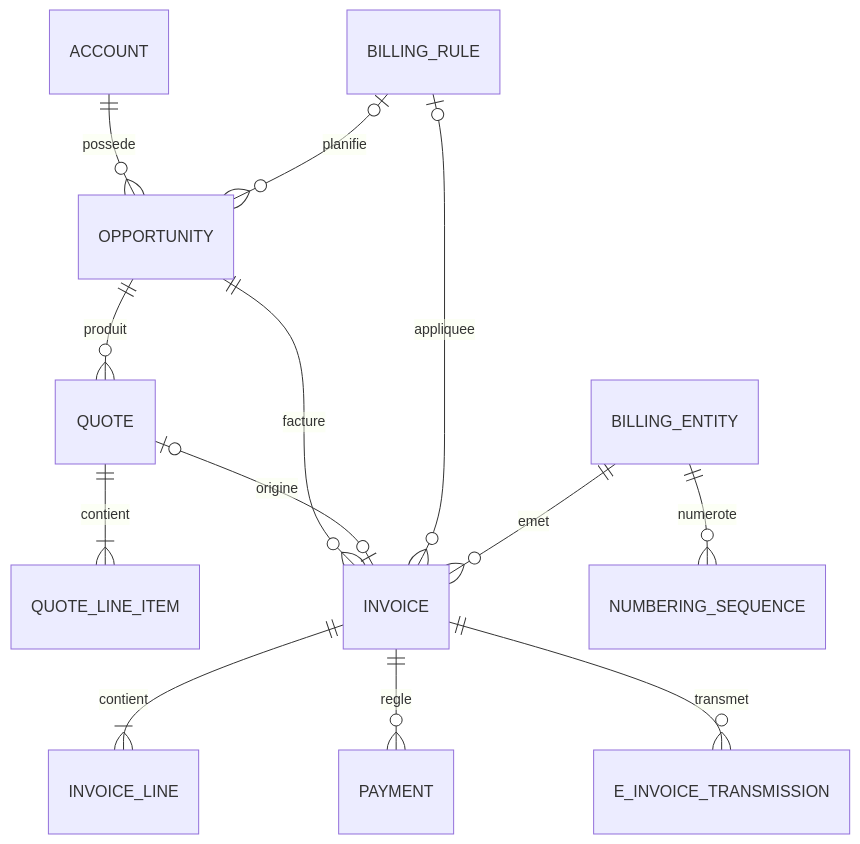
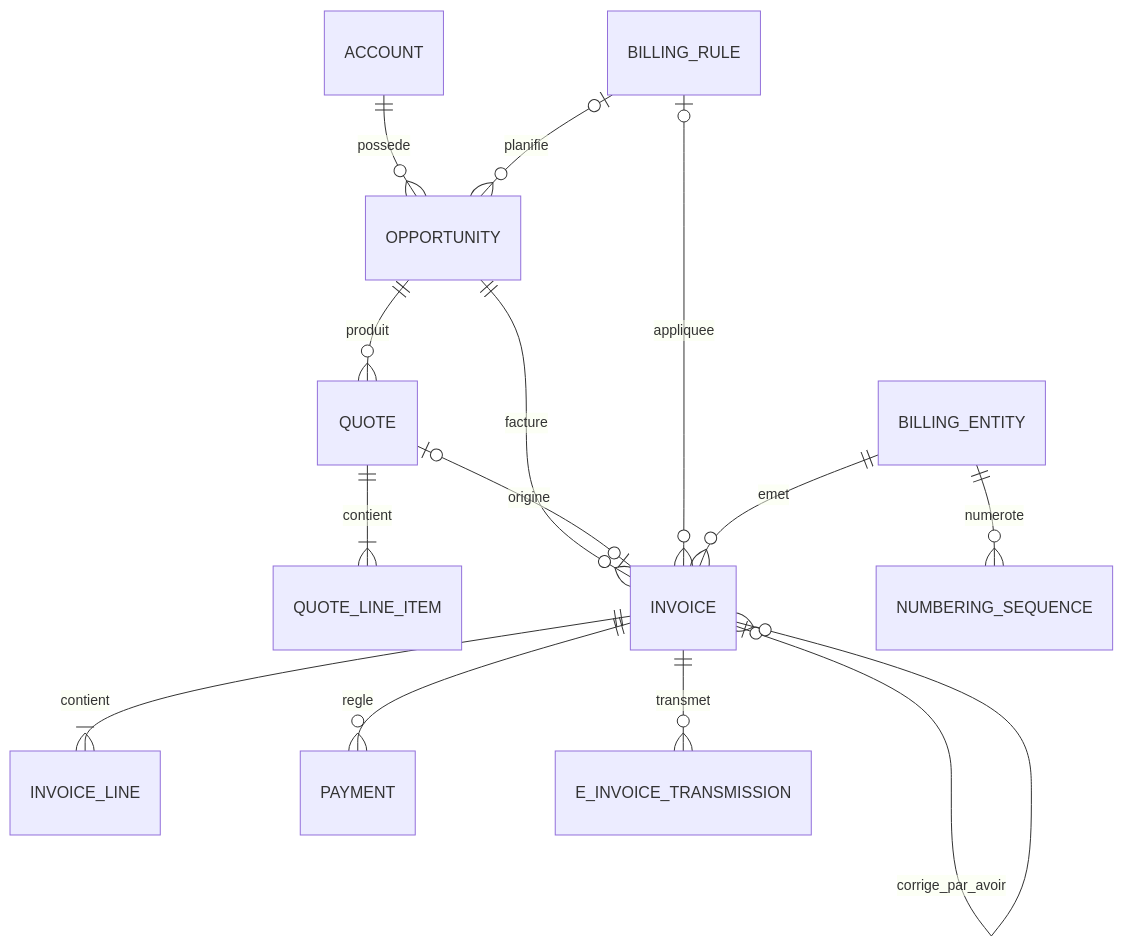
The second of 2 diagrams in docs/architecture-technique.md (Nounem/Facturation), drawn with Mermaid before and after one commit. The commit also changed other lines of this file and 37 other files, not shown here.

````diff
--- a/docs/architecture-technique.md
+++ b/docs/architecture-technique.md
@@ -56,15 +57,16 @@
 ```mermaid
 erDiagram
     ACCOUNT ||--o{ OPPORTUNITY : possede
     OPPORTUNITY ||--o{ QUOTE : produit
     QUOTE ||--|{ QUOTE_LINE_ITEM : contient
     OPPORTUNITY ||--o{ INVOICE : facture
     QUOTE o|--o| INVOICE : origine
     BILLING_RULE o|--o{ OPPORTUNITY : planifie
     BILLING_RULE o|--o{ INVOICE : appliquee
     BILLING_ENTITY ||--o{ INVOICE : emet
     INVOICE ||--|{ INVOICE_LINE : contient
+    INVOICE o|--o{ INVOICE : corrige_par_avoir
     INVOICE ||--o{ PAYMENT : regle
     INVOICE ||--o{ E_INVOICE_TRANSMISSION : transmet
     BILLING_ENTITY ||--o{ NUMBERING_SEQUENCE : numerote
 ```
````
